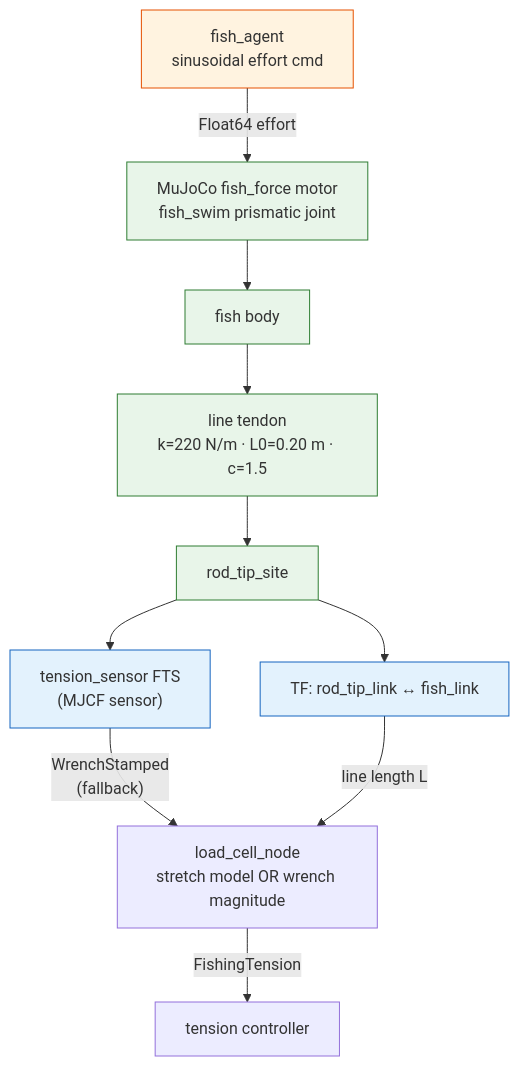
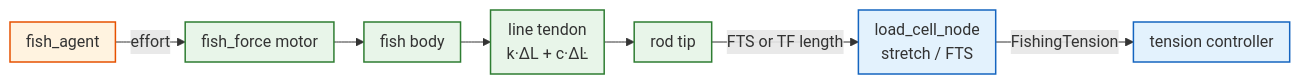
One commit to nzge/fishing-bot changed the diagram in software/docs/diagrams/sim_data_flow.mmd. Above: the diagram before and after it, drawn with Mermaid. The commit also changed 39 other files, not shown here.

```diff
--- a/software/docs/diagrams/sim_data_flow.mmd
+++ b/software/docs/diagrams/sim_data_flow.mmd
@@ -1,24 +1,18 @@
-%% MuJoCo simulation — physical cause-and-effect chain (below ROS layer)
+%% MuJoCo simulation — physics chain (report layout: horizontal)
+%%{init: {'flowchart': {'nodeSpacing': 14, 'rankSpacing': 30, 'padding': 8}}}%%
 
-flowchart TB
-    classDef agent fill:#fff3e0,stroke:#e65100
-    classDef physics fill:#e8f5e9,stroke:#2e7d32
-    classDef sensor fill:#e3f2fd,stroke:#1565c0
+flowchart LR
+    classDef agent fill:#fff3e0,stroke:#e65100,stroke-width:1.5px
+    classDef physics fill:#e8f5e9,stroke:#2e7d32,stroke-width:1.5px
+    classDef sensor fill:#e3f2fd,stroke:#1565c0,stroke-width:1.5px
 
-    FA["fish_agent<br/>sinusoidal effort cmd"]:::agent
-    MOTOR["MuJoCo fish_force motor<br/>fish_swim prismatic joint"]:::physics
+    FA["fish_agent"]:::agent
+    MOTOR["fish_force motor"]:::physics
     FISH["fish body"]:::physics
-    TENDON["line tendon<br/>k=220 N/m · L0=0.20 m · c=1.5"]:::physics
-    ROD["rod_tip_site"]:::physics
-    FTS["tension_sensor FTS<br/>(MJCF sensor)"]:::sensor
-    TF["TF: rod_tip_link ↔ fish_link"]:::sensor
+    TENDON["line tendon<br/>k·ΔL + c·ΔL̇"]:::physics
+    ROD["rod tip"]:::physics
+    LC["load_cell_node<br/>stretch / FTS"]:::sensor
+    CTRL["tension controller"]:::sensor
 
-    FA -->|"Float64 effort"| MOTOR
-    MOTOR --> FISH
-    FISH --> TENDON
-    TENDON --> ROD
-    ROD --> FTS
-    ROD --> TF
-    FTS -->|"WrenchStamped<br/>(fallback)"| LC1["load_cell_node<br/>stretch model OR wrench magnitude"]
-    TF -->|"line length L"| LC1
-    LC1 -->|"FishingTension"| CTRL["tension controller"]
+    FA -->|effort| MOTOR --> FISH --> TENDON --> ROD
+    ROD -->|FTS or TF length| LC -->|FishingTension| CTRL
```
